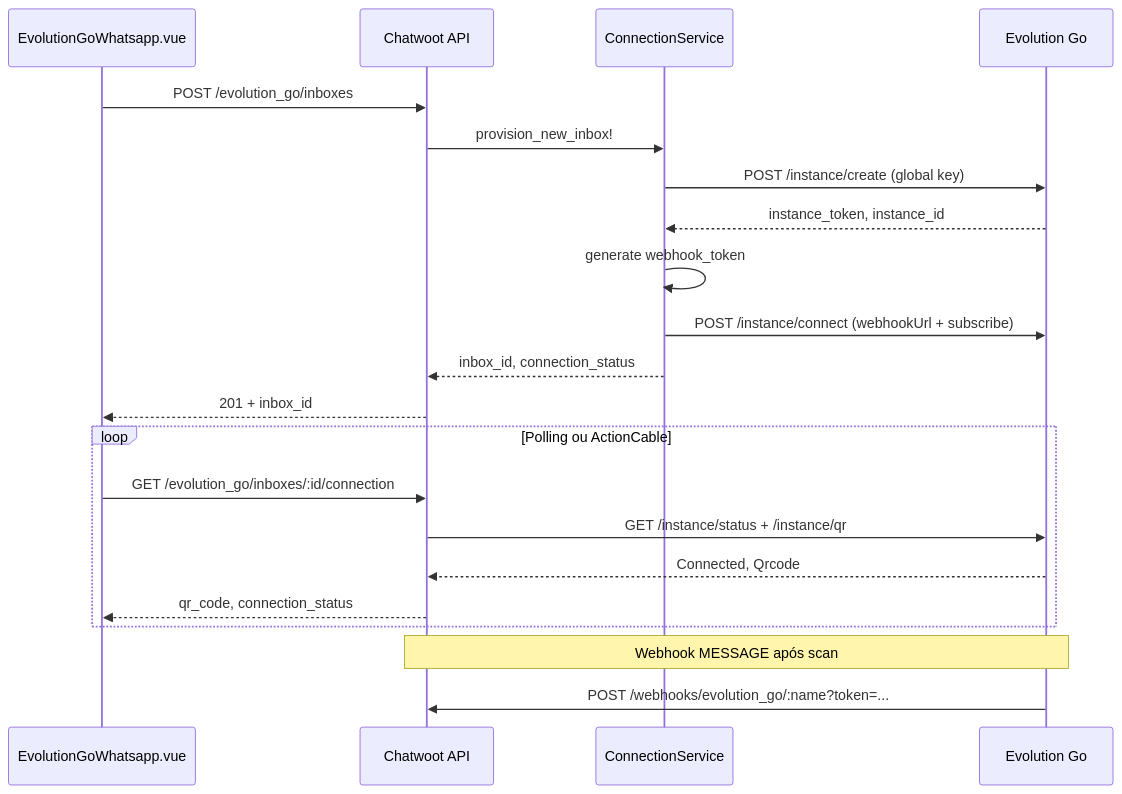
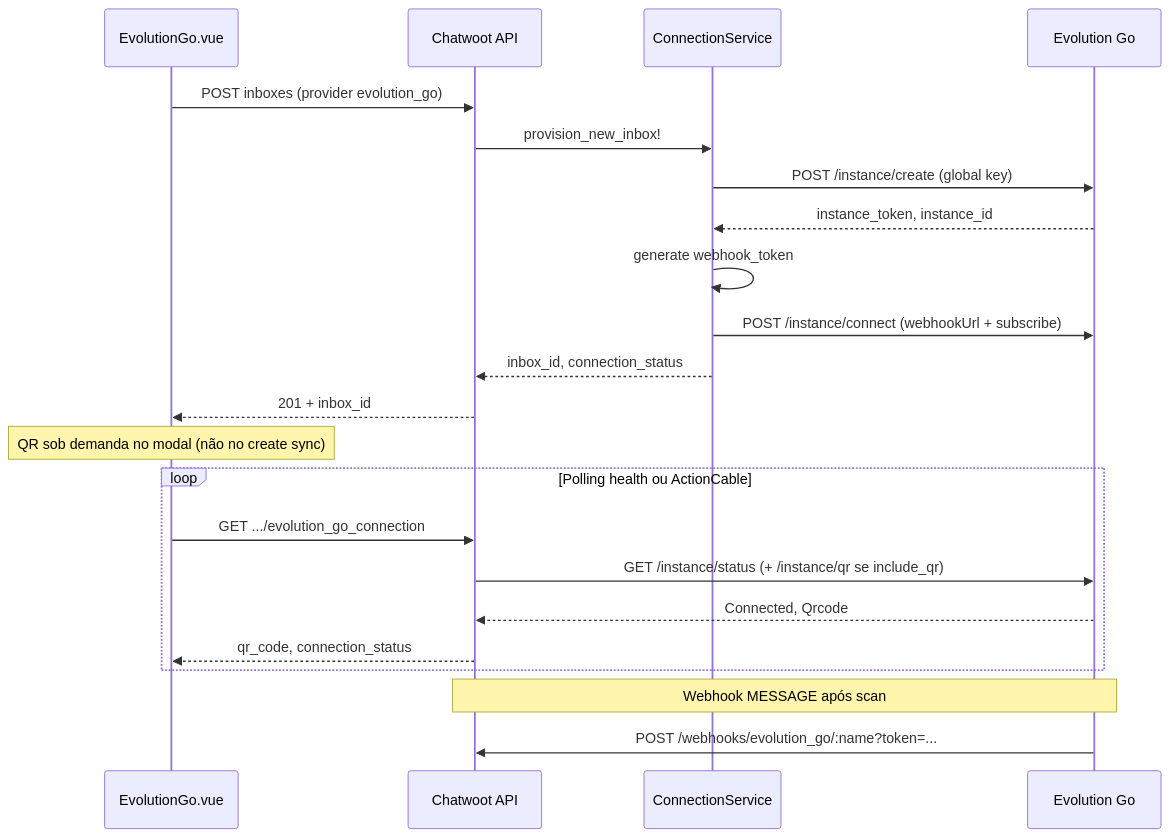
One commit to cesar-carlos/chatwoot changed the second of 2 diagrams in doc/feature/whatsapp-provider/evolution-go/frontend-wizard-spec.md. Above: the diagram before and after it, drawn with Mermaid. The commit also changed other lines of this file and 17 other files, not shown here.

````diff
--- a/doc/feature/whatsapp-provider/evolution-go/frontend-wizard-spec.md
+++ b/doc/feature/whatsapp-provider/evolution-go/frontend-wizard-spec.md
@@ -100,26 +100,27 @@
 ```mermaid
 sequenceDiagram
-  participant UI as EvolutionGoWhatsapp.vue
+  participant UI as EvolutionGo.vue
   participant API as Chatwoot API
   participant CS as ConnectionService
   participant GO as Evolution Go
 
-  UI->>API: POST /evolution_go/inboxes
+  UI->>API: POST inboxes (provider evolution_go)
   API->>CS: provision_new_inbox!
   CS->>GO: POST /instance/create (global key)
   GO-->>CS: instance_token, instance_id
   CS->>CS: generate webhook_token
   CS->>GO: POST /instance/connect (webhookUrl + subscribe)
   CS-->>API: inbox_id, connection_status
   API-->>UI: 201 + inbox_id
 
-  loop Polling ou ActionCable
-    UI->>API: GET /evolution_go/inboxes/:id/connection
-    API->>GO: GET /instance/status + /instance/qr
+  Note over UI: QR sob demanda no modal (não no create sync)
+  loop Polling health ou ActionCable
+    UI->>API: GET .../evolution_go_connection
+    API->>GO: GET /instance/status (+ /instance/qr se include_qr)
     GO-->>API: Connected, Qrcode
     API-->>UI: qr_code, connection_status
   end
 
   Note over GO,API: Webhook MESSAGE após scan
   GO->>API: POST /webhooks/evolution_go/:name?token=...
 ```
````
